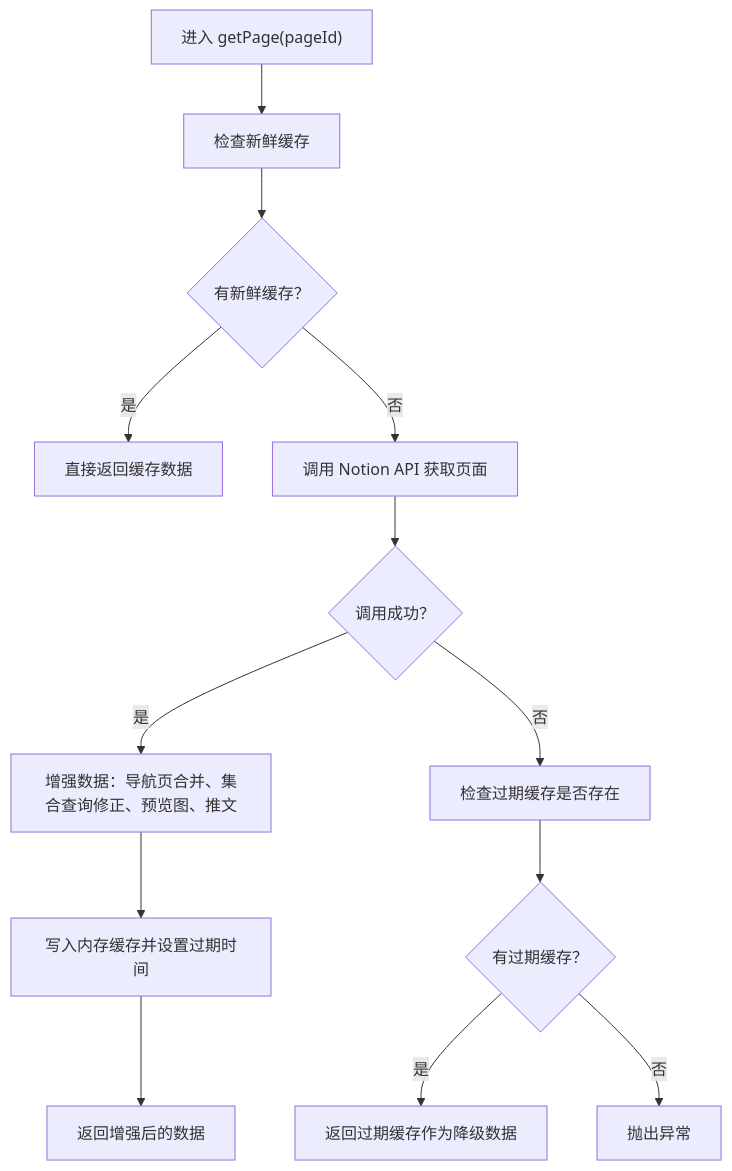
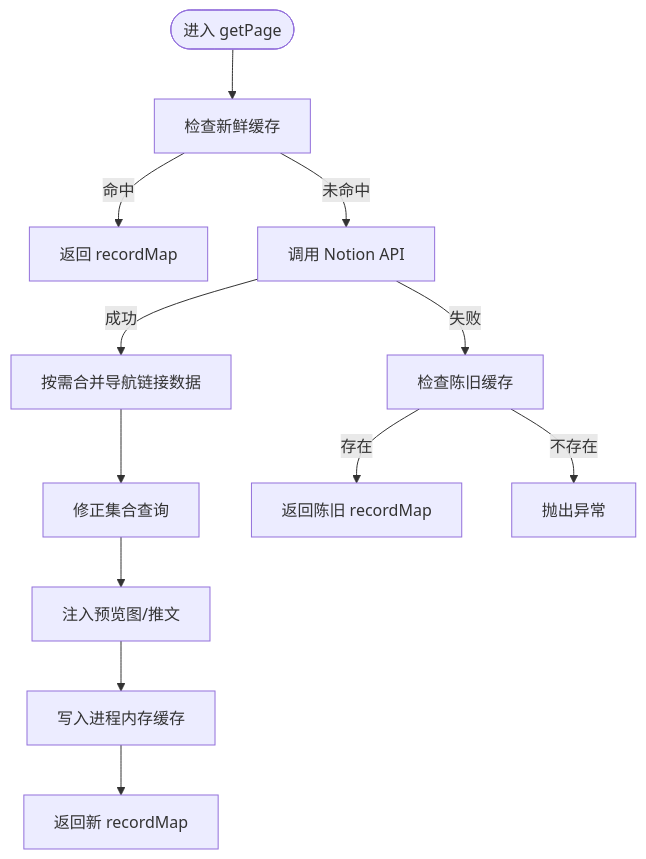
The third of 5 diagrams in .qoder/repowiki/zh/content/性能优化/缓存策略.md (PhysicalMouse/nextjs-notion-starter-kit), drawn with Mermaid before and after one commit. The commit also changed other lines of this file and 186 other files, not shown here.

````diff
--- a/.qoder/repowiki/zh/content/性能优化/缓存策略.md
+++ b/.qoder/repowiki/zh/content/性能优化/缓存策略.md
@@ -108,15 +168,14 @@
 ```mermaid
 flowchart TD
-Start["进入 getPage(pageId)"] --> CheckFresh["检查新鲜缓存"]
-CheckFresh --> Fresh{"有新鲜缓存？"}
-Fresh --> |是| ReturnCached["直接返回缓存数据"]
-Fresh --> |否| CallNotion["调用 Notion API 获取页面"]
-CallNotion --> Success{"调用成功？"}
-Success --> |是| Enhance["增强数据：导航页合并、集合查询修正、预览图、推文"]
-Enhance --> SetCache["写入内存缓存并设置过期时间"]
-SetCache --> ReturnData["返回增强后的数据"]
-Success --> |否| CheckStale["检查过期缓存是否存在"]
-CheckStale --> Stale{"有过期缓存？"}
-Stale --> |是| ReturnStale["返回过期缓存作为降级数据"]
-Stale --> |否| ThrowError["抛出异常"]
+Start(["进入 getPage"]) --> CheckFresh["检查新鲜缓存"]
+CheckFresh --> |命中| ReturnFresh["返回 recordMap"]
+CheckFresh --> |未命中| FetchNotion["调用 Notion API"]
+FetchNotion --> |成功| MergeNav["按需合并导航链接数据"]
+MergeNav --> FixCollection["修正集合查询"]
+FixCollection --> OptionalExtras["注入预览图/推文"]
+OptionalExtras --> SetCache["写入进程内存缓存"]
+SetCache --> ReturnNew["返回新 recordMap"]
+FetchNotion --> |失败| CheckStale["检查陈旧缓存"]
+CheckStale --> |存在| ReturnStale["返回陈旧 recordMap"]
+CheckStale --> |不存在| ThrowError["抛出异常"]
 ```
````
